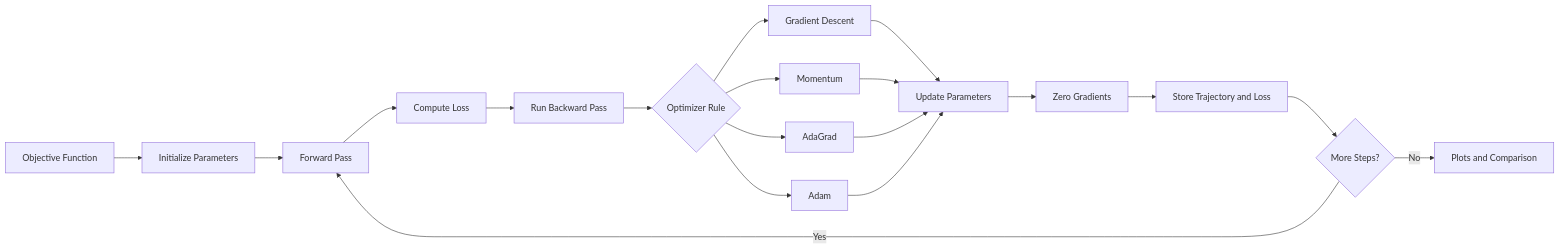
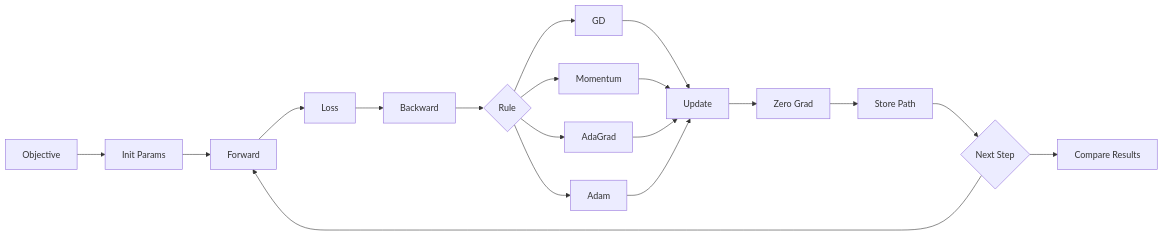
The diagram in docs/architecture/02-optimization-workflows.md (khab40/nebius-llm-architectures-module-2), drawn with Mermaid before and after one commit.

Commit message:
Simplify optimization Mermaid diagram for GitHub

````diff
--- a/docs/architecture/02-optimization-workflows.md
+++ b/docs/architecture/02-optimization-workflows.md
@@ -15,21 +15,21 @@
 ```mermaid
 flowchart LR
-    A[Objective Function] --> B[Initialize Parameters]
-    B --> C[Forward Pass]
-    C --> D[Compute Loss]
-    D --> E[Run Backward Pass]
-    E --> F{Optimizer Rule}
-    F --> G[Gradient Descent]
+    A[Objective] --> B[Init Params]
+    B --> C[Forward]
+    C --> D[Loss]
+    D --> E[Backward]
+    E --> F{Rule}
+    F --> G[GD]
     F --> H[Momentum]
     F --> I[AdaGrad]
     F --> J[Adam]
-    G --> K[Update Parameters]
+    G --> K[Update]
     H --> K
     I --> K
     J --> K
-    K --> L[Zero Gradients]
-    L --> M[Store Trajectory and Loss]
-    M --> N{More Steps?}
-    N -->|Yes| C
-    N -->|No| O[Plots and Comparison]
+    K --> L[Zero Grad]
+    L --> M[Store Path]
+    M --> N{Next Step}
+    N --> C
+    N --> O[Compare Results]
 ```
````
